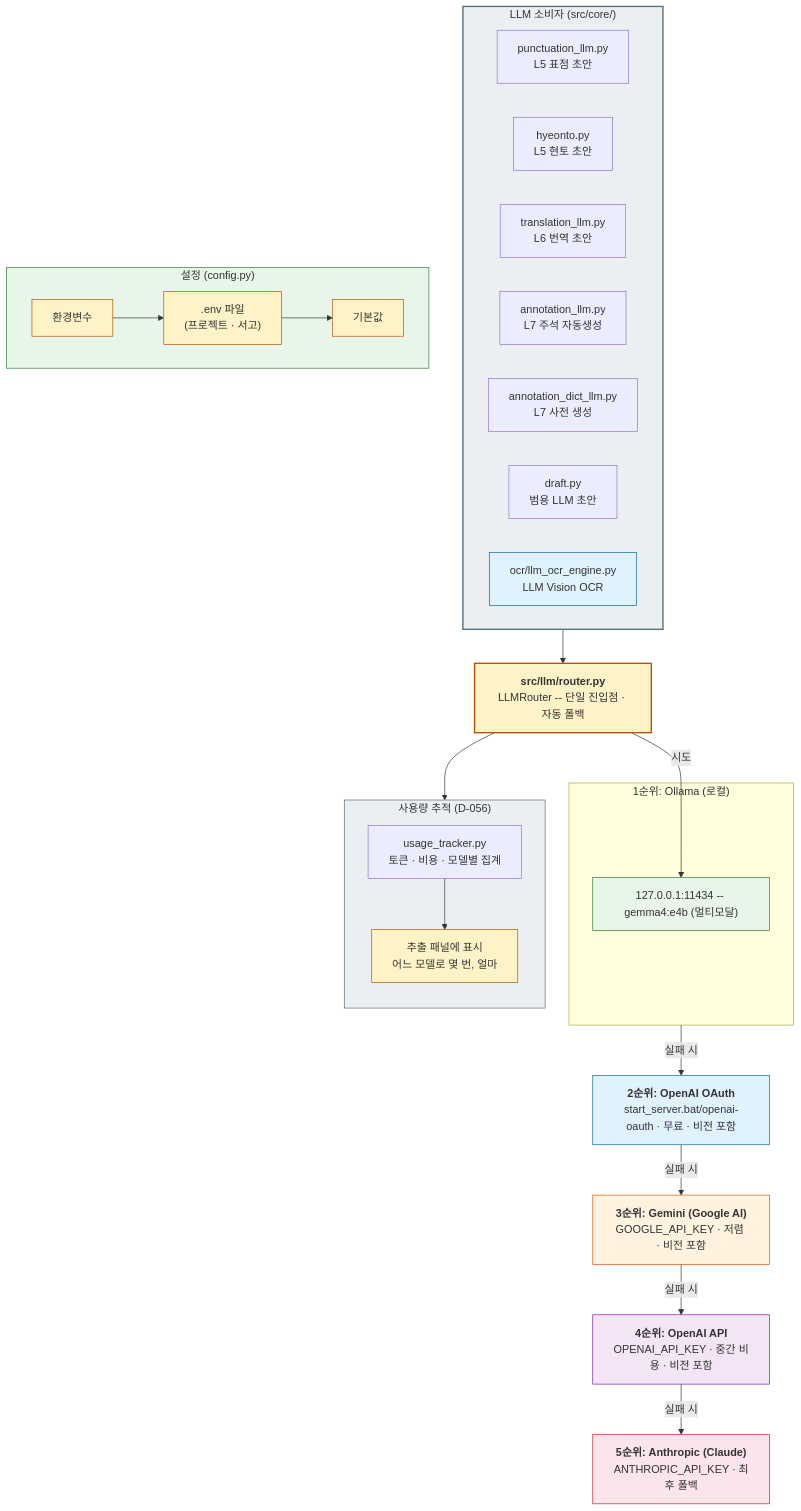
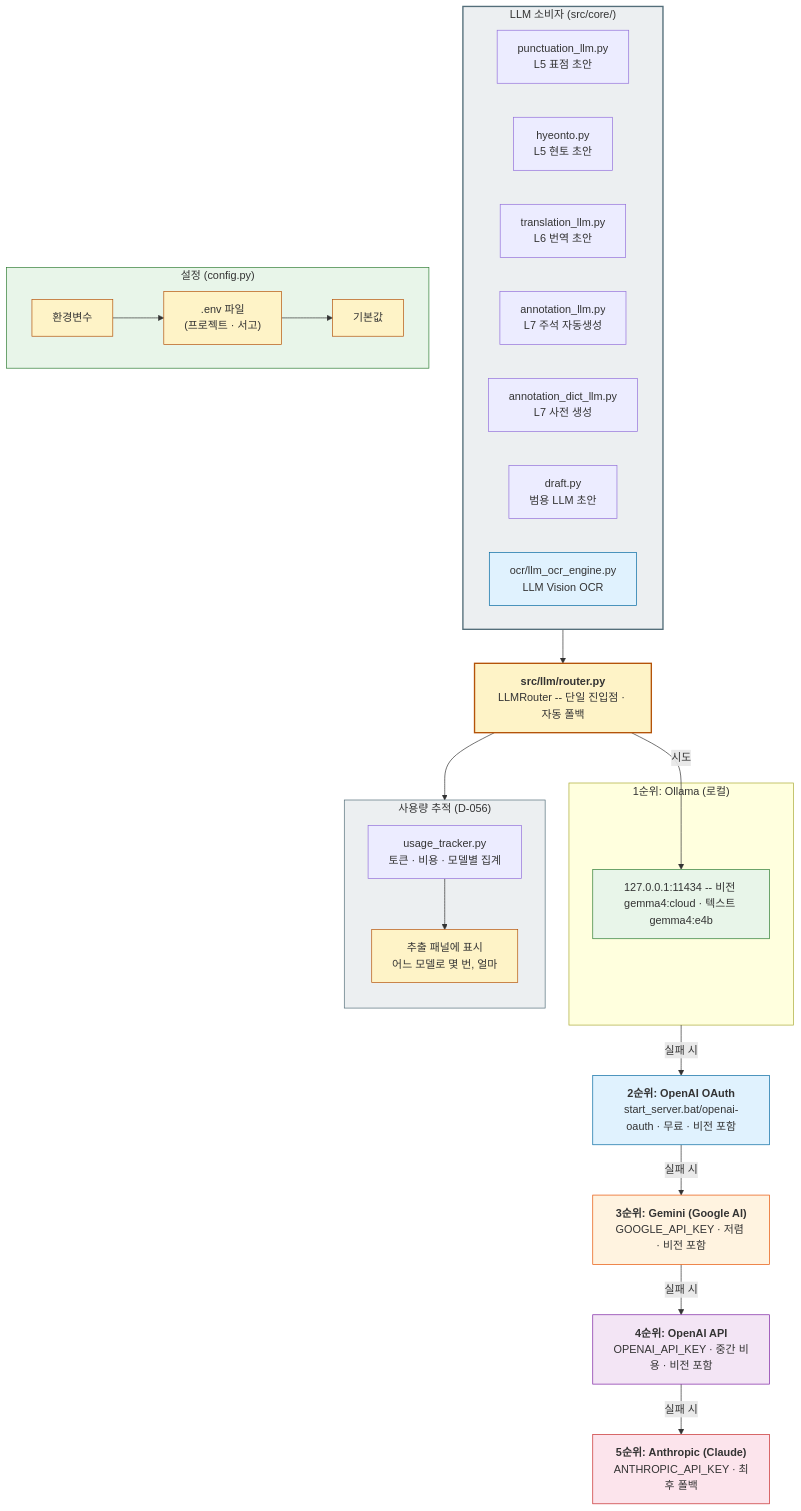
One commit to hw725/classical-text-browser changed the fourth of 13 diagrams in docs/architecture-diagrams.md. Above: the diagram before and after it, drawn with Mermaid. The commit also changed other lines of this file and 8 other files, not shown here.

Commit message:
docs: doc-sync 교차 확인 반영 — 비전 기본 gemma4:cloud를 아키텍처·LLM 설계 문서·.env.example에 맞추고, 다이어그램 라우트 수(library 29·interpretations 22)·로컬 후보 크기 범위(1.6~9.6GB)·「직접 입력…」 표기 교정

````diff
--- a/docs/architecture-diagrams.md
+++ b/docs/architecture-diagrams.md
@@ -327,63 +327,63 @@
 ```mermaid
 flowchart TB
     ENTRY["<b>src/llm/router.py</b><br/>LLMRouter -- 단일 진입점 · 자동 폴백"]
 
     ENTRY -->|"시도"| TIER1
 
     subgraph TIER1_GROUP["1순위: Ollama (로컬)"]
-        TIER1["127.0.0.1:11434 -- gemma4:e4b (멀티모달)"]
+        TIER1["127.0.0.1:11434 -- 비전 gemma4:cloud · 텍스트 gemma4:e4b"]
     end
 
     TIER1_GROUP -->|"실패 시"| TIER2
     TIER2["<b>2순위: OpenAI OAuth</b><br/>start_server.bat/openai-oauth · 무료 · 비전 포함"]
     TIER2 -->|"실패 시"| TIER3
     TIER3["<b>3순위: Gemini (Google AI)</b><br/>GOOGLE_API_KEY · 저렴 · 비전 포함"]
     TIER3 -->|"실패 시"| TIER4
     TIER4["<b>4순위: OpenAI API</b><br/>OPENAI_API_KEY · 중간 비용 · 비전 포함"]
     TIER4 -->|"실패 시"| TIER5
     TIER5["<b>5순위: Anthropic (Claude)</b><br/>ANTHROPIC_API_KEY · 최후 폴백"]
 
     subgraph CONSUMERS["LLM 소비자 (src/core/)"]
         direction LR
         C1["punctuation_llm.py<br/>L5 표점 초안"]
         C2["hyeonto.py<br/>L5 현토 초안"]
         C3["translation_llm.py<br/>L6 번역 초안"]
         C4["annotation_llm.py<br/>L7 주석 자동생성"]
         C5["annotation_dict_llm.py<br/>L7 사전 생성"]
         C6["draft.py<br/>범용 LLM 초안"]
         C7["ocr/llm_ocr_engine.py<br/>LLM Vision OCR"]
     end
 
     CONSUMERS --> ENTRY
 
     subgraph CONFIG["설정 (config.py)"]
         CF1["환경변수"]
         CF2[".env 파일<br/>(프로젝트 · 서고)"]
         CF3["기본값"]
         CF1 --> CF2 --> CF3
     end
 
     subgraph USAGE["사용량 추적 (D-056)"]
         direction TB
         UT["usage_tracker.py<br/>토큰 · 비용 · 모델별 집계"]
         UT2["추출 패널에 표시<br/>어느 모델로 몇 번, 얼마"]
         UT --> UT2
     end
 
     ENTRY --> USAGE
 
     style UT2 fill:#fef3c7,stroke:#b45309
     style C7 fill:#e0f2fe,stroke:#0369a1
     style ENTRY fill:#fef3c7,stroke:#b45309,stroke-width:2px
     style TIER1 fill:#e8f5e9,stroke:#2e7d32
     style TIER2 fill:#e0f2fe,stroke:#0369a1
     style TIER3 fill:#fff3e0,stroke:#e65100
     style TIER4 fill:#f3e5f5,stroke:#7b1fa2
     style TIER5 fill:#fce4ec,stroke:#c62828
     style CONSUMERS fill:#eceff1,stroke:#546e7a,stroke-width:2px
     style CONFIG fill:#e8f5e9,stroke:#2e7d32
     style CF1 fill:#fef3c7,stroke:#b45309
     style CF2 fill:#fef3c7,stroke:#b45309
     style CF3 fill:#fef3c7,stroke:#b45309
     style USAGE fill:#eceff1,stroke:#546e7a
 ```
````
